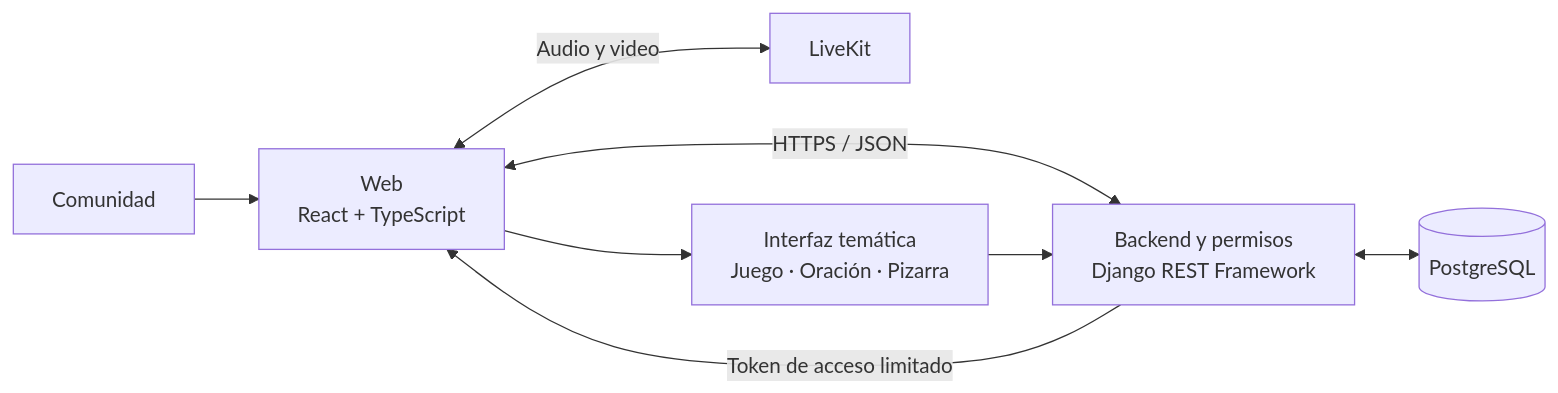
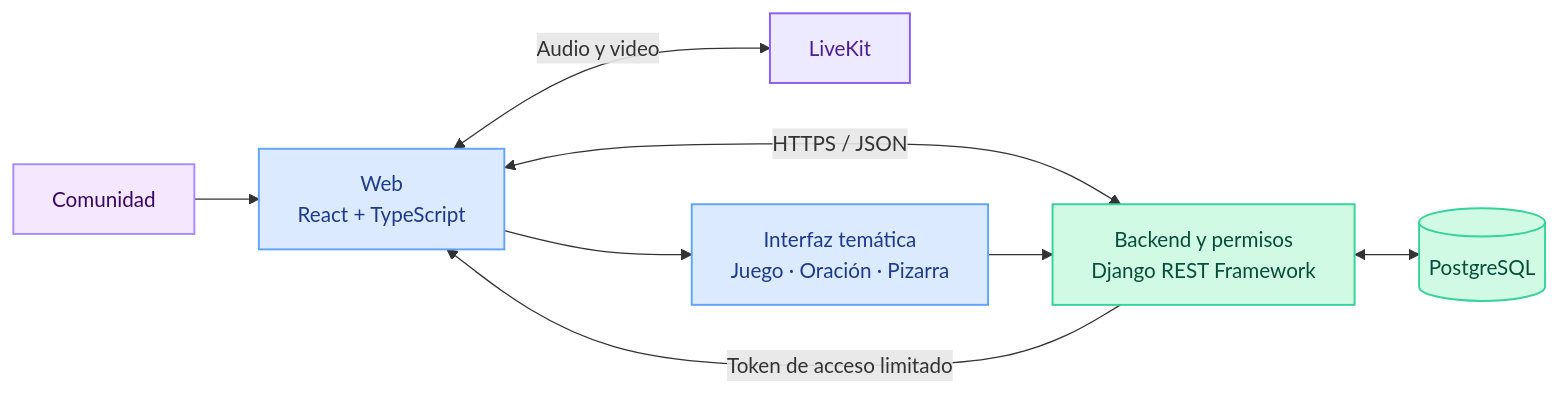
One commit to IsaacToDv/FraterChrist.org changed the second of 2 diagrams in README.md. Above: the diagram before and after it, drawn with Mermaid. The commit also changed other lines of this file, not shown here.

```diff
--- a/README.md
+++ b/README.md
@@ -53,10 +60,19 @@
 ~~~mermaid
 flowchart LR
     People["Comunidad"] --> Web["Web<br/>React + TypeScript"]
     Web <-->|"HTTPS / JSON"| API["Backend y permisos<br/>Django REST Framework"]
     API <--> DB[("PostgreSQL")]
     API -->|"Token de acceso limitado"| Web
     Web <-->|"Audio y video"| LK["LiveKit"]
     Web --> UI["Interfaz temática<br/>Juego · Oración · Pizarra"]
     UI --> API
+
+    classDef community fill:#F3E8FF,stroke:#A78BFA,color:#3B0764,stroke-width:1.5px;
+    classDef frontend fill:#DBEAFE,stroke:#60A5FA,color:#1E3A8A,stroke-width:1.5px;
+    classDef backend fill:#D1FAE5,stroke:#34D399,color:#064E3B,stroke-width:1.5px;
+    classDef realtime fill:#EDE9FE,stroke:#8B5CF6,color:#4C1D95,stroke-width:1.5px;
+    class People community;
+    class Web,UI frontend;
+    class API,DB backend;
+    class LK realtime;
 ~~~
```
